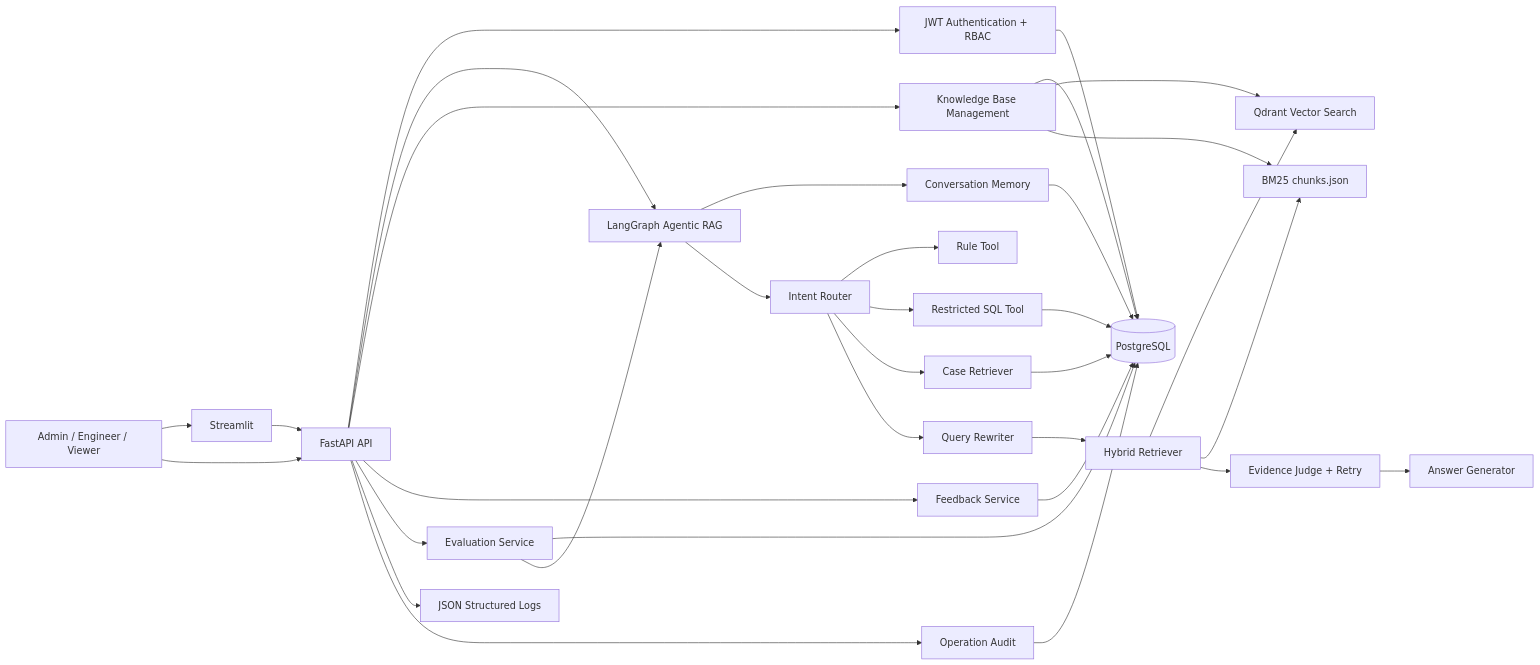
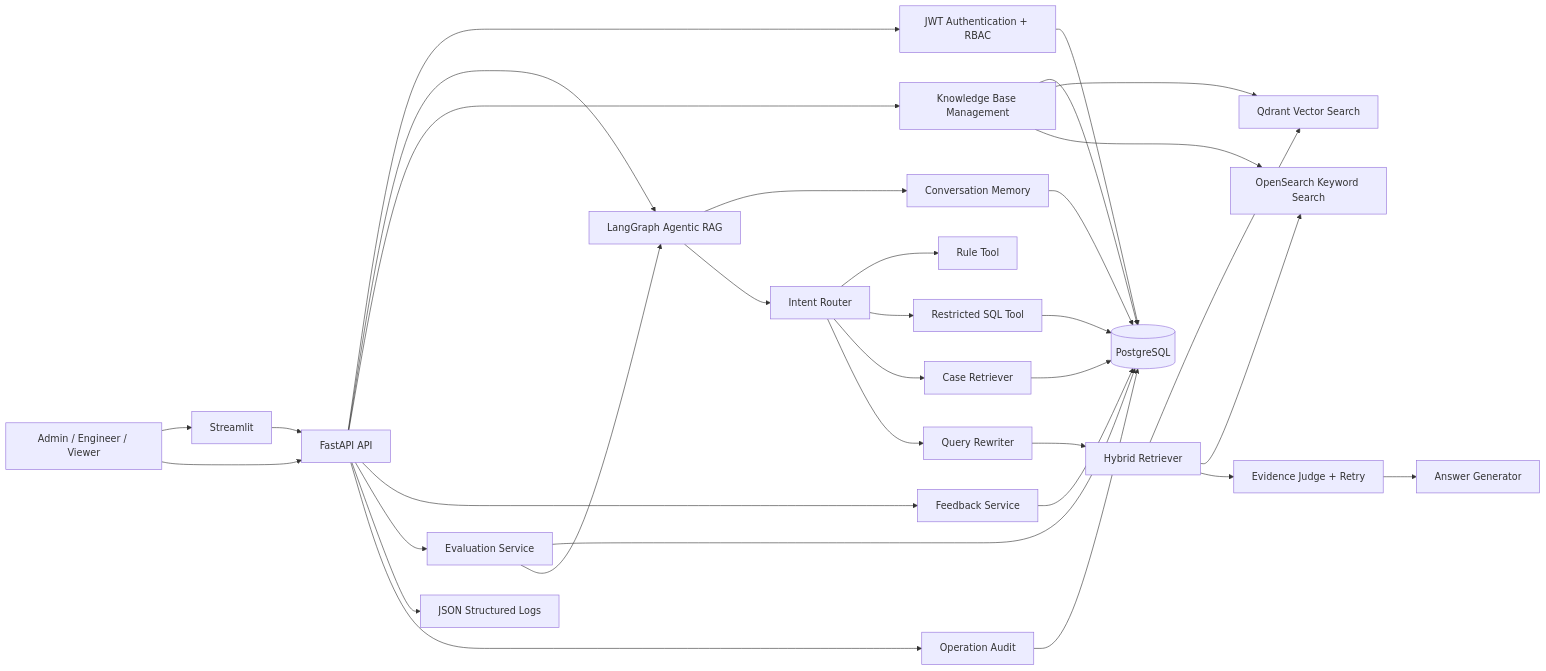
Before and after one commit to nwxshm-ylj/Industrial-Quality-Agentic-RAG-Assistant: the diagram in README.md, drawn with Mermaid. The commit also changed other lines of this file and 42 other files, not shown here.

```diff
--- a/README.md
+++ b/README.md
@@ -20,39 +20,39 @@
 ~~~mermaid
 flowchart LR
     User[Admin / Engineer / Viewer] --> UI[Streamlit]
     User --> API[FastAPI API]
     UI --> API
 
     API --> Auth[JWT Authentication + RBAC]
     API --> Graph[LangGraph Agentic RAG]
     API --> KB[Knowledge Base Management]
     API --> Feedback[Feedback Service]
     API --> Eval[Evaluation Service]
 
     Graph --> Memory[Conversation Memory]
     Graph --> Router[Intent Router]
     Router --> Rule[Rule Tool]
     Router --> SQL[Restricted SQL Tool]
     Router --> Case[Case Retriever]
     Router --> Rewrite[Query Rewriter]
     Rewrite --> Hybrid[Hybrid Retriever]
     Hybrid --> Vector[Qdrant Vector Search]
-    Hybrid --> BM25[BM25 chunks.json]
+    Hybrid --> Keyword[OpenSearch Keyword Search]
     Hybrid --> Judge[Evidence Judge + Retry]
     Judge --> Generator[Answer Generator]
 
     Auth --> PG[(PostgreSQL)]
     Memory --> PG
     SQL --> PG
     Case --> PG
     KB --> PG
     KB --> Vector
-    KB --> BM25
+    KB --> Keyword
     Feedback --> PG
     Eval --> PG
     Eval --> Graph
 
     API --> Logs[JSON Structured Logs]
     API --> Audit[Operation Audit]
     Audit --> PG
 ~~~
```
